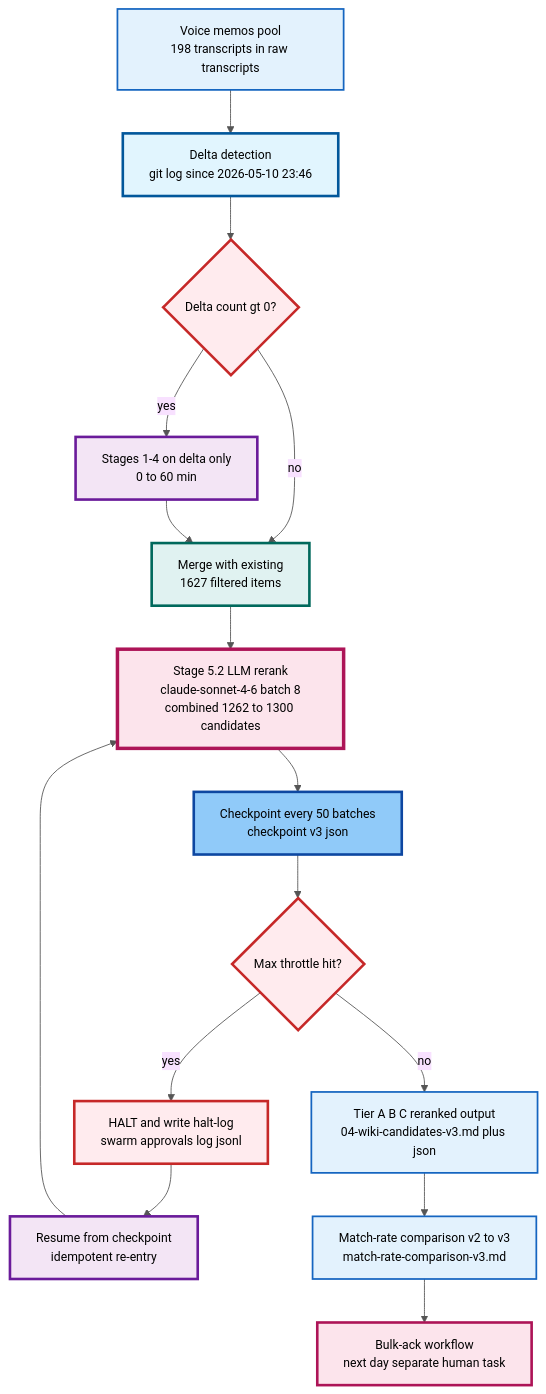
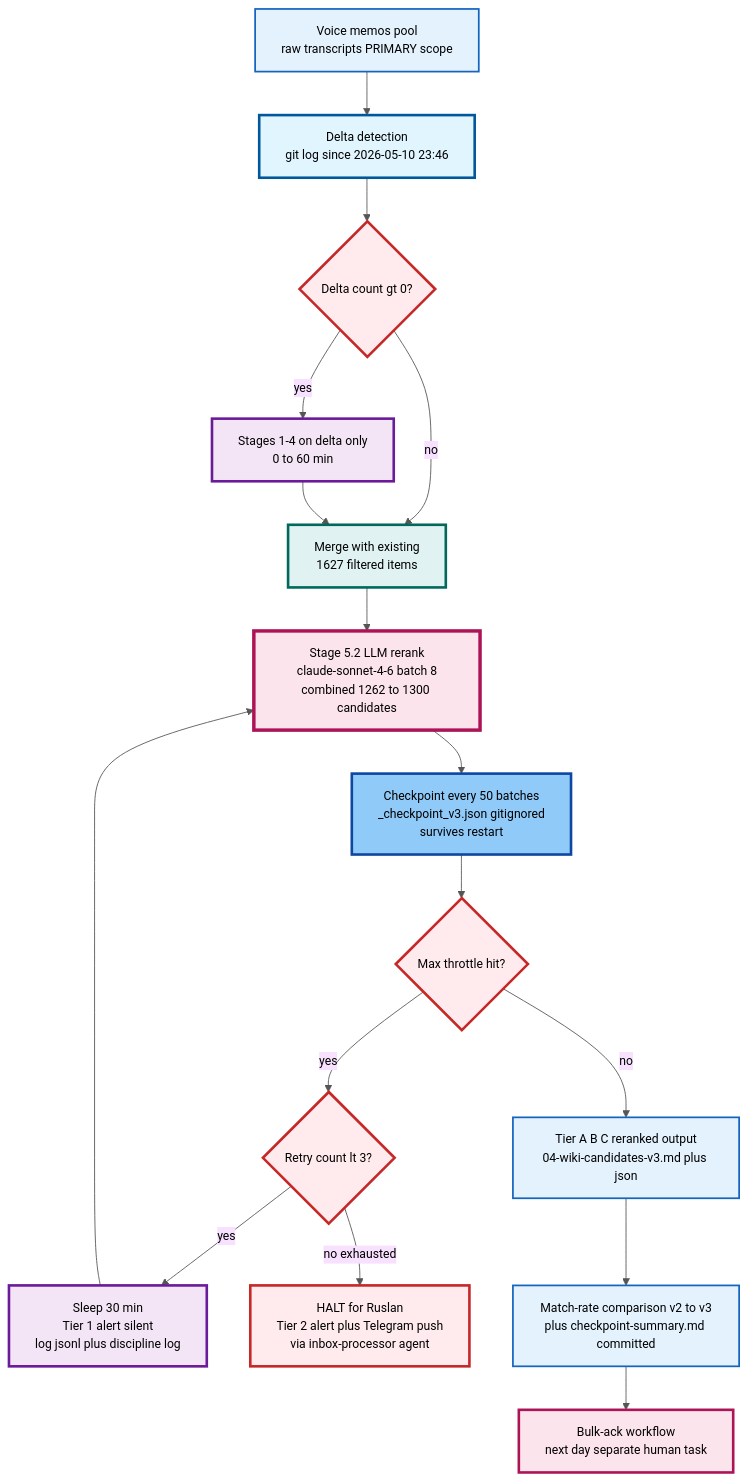
One commit to Bogersebekov/jetix-os changed the first of 2 diagrams in reports/wiki-rebuild-stage-2A-plan-2026-05-11.md. Above: the diagram before and after it, drawn with Mermaid. The commit also changed other lines of this file and 1 other file, not shown here.

Commit message:
[wiki-rebuild] Stage 2A plan-doc — answered §10 Q1-Q5 (delta scope / auto-resume / -v3 suffix / hybrid checkpoint / two-tier alerts)

````diff
--- a/reports/wiki-rebuild-stage-2A-plan-2026-05-11.md
+++ b/reports/wiki-rebuild-stage-2A-plan-2026-05-11.md
@@ -554,41 +605,43 @@
 ```mermaid
 %%{init: {'theme':'base', 'themeVariables': {'primaryColor':'#fff8e1', 'primaryTextColor':'#000', 'primaryBorderColor':'#f57c00', 'lineColor':'#555', 'fontFamily':'Inter, system-ui, sans-serif', 'fontSize':'14px'}}}%%
 flowchart TD
-    POOL[Voice memos pool<br/>198 transcripts in raw transcripts]:::cloud
+    POOL[Voice memos pool<br/>raw transcripts PRIMARY scope]:::cloud
     DELTA[Delta detection<br/>git log since 2026-05-10 23:46]:::phone
     GATE{Delta count gt 0?}:::guard
     S14[Stages 1-4 on delta only<br/>0 to 60 min]:::auto
     MERGE[Merge with existing<br/>1627 filtered items]:::storage
     RERANK[Stage 5.2 LLM rerank<br/>claude-sonnet-4-6 batch 8<br/>combined 1262 to 1300 candidates]:::master
-    CKPT[Checkpoint every 50 batches<br/>checkpoint v3 json]:::ladder_l2
+    CKPT[Checkpoint every 50 batches<br/>_checkpoint_v3.json gitignored<br/>survives restart]:::ladder_l2
     THR{Max throttle hit?}:::guard
-    HALT[HALT and write halt-log<br/>swarm approvals log jsonl]:::guard
-    RESUME[Resume from checkpoint<br/>idempotent re-entry]:::auto
+    RETRY{Retry count lt 3?}:::guard
+    SLEEP[Sleep 30 min<br/>Tier 1 alert silent<br/>log jsonl plus discipline log]:::auto
+    HALT[HALT for Ruslan<br/>Tier 2 alert plus Telegram push<br/>via inbox-processor agent]:::guard
     OUT[Tier A B C reranked output<br/>04-wiki-candidates-v3.md plus json]:::cloud
-    CMP[Match-rate comparison v2 to v3<br/>match-rate-comparison-v3.md]:::cloud
+    CMP[Match-rate comparison v2 to v3<br/>plus checkpoint-summary.md committed]:::cloud
     BULK[Bulk-ack workflow<br/>next day separate human task]:::partner_a
 
     POOL --> DELTA
     DELTA --> GATE
     GATE -->|yes| S14
     GATE -->|no| MERGE
     S14 --> MERGE
     MERGE --> RERANK
     RERANK --> CKPT
     CKPT --> THR
-    THR -->|yes| HALT
-    HALT --> RESUME
-    RESUME --> RERANK
     THR -->|no| OUT
+    THR -->|yes| RETRY
+    RETRY -->|yes| SLEEP
+    SLEEP --> RERANK
+    RETRY -->|no exhausted| HALT
     OUT --> CMP
     CMP --> BULK
 
     classDef cloud fill:#e3f2fd,stroke:#1565c0,stroke-width:2px,color:#000
     classDef phone fill:#e1f5fe,stroke:#01579b,stroke-width:3px,color:#000
     classDef storage fill:#e0f2f1,stroke:#00695c,stroke-width:3px,color:#000
     classDef auto fill:#f3e5f5,stroke:#6a1b9a,stroke-width:3px,color:#000
     classDef master fill:#fce4ec,stroke:#ad1457,stroke-width:4px,color:#000
     classDef guard fill:#ffebee,stroke:#c62828,stroke-width:3px,color:#000
     classDef ladder_l2 fill:#90caf9,stroke:#0d47a1,stroke-width:3px,color:#000
     classDef partner_a fill:#fce4ec,stroke:#ad1457,stroke-width:3px,color:#000
 ```
````
